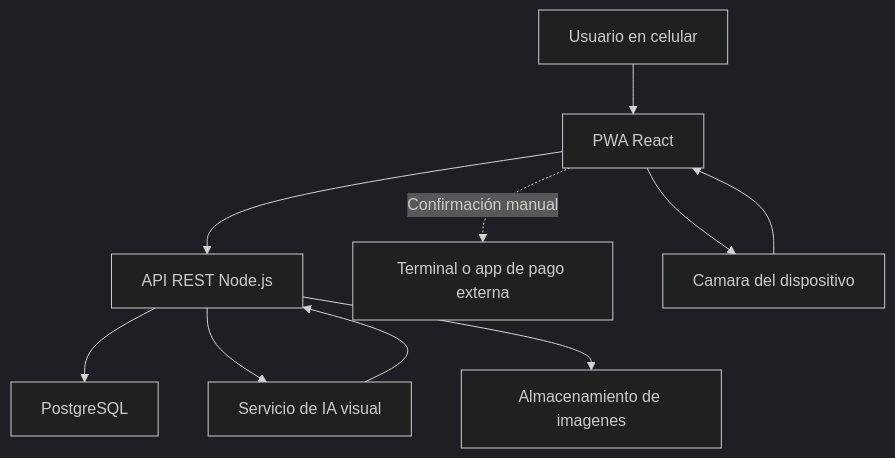
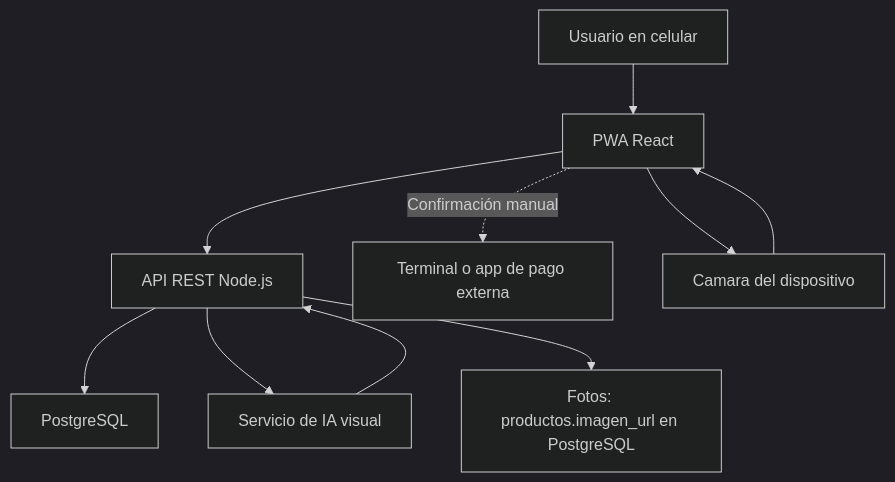
Before and after one commit to CamiloGonzalezSt/LocalitoSaaS: the first of 6 diagrams in docs/Documento-Proyecto-Localito.md, drawn with Mermaid (dark theme). The commit also changed other lines of this file and 14 other files, not shown here.

````diff
--- a/docs/Documento-Proyecto-Localito.md
+++ b/docs/Documento-Proyecto-Localito.md
@@ -692,12 +694,12 @@
 ```mermaid
 flowchart TD
     A["Usuario en celular"] --> B["PWA React"]
     B --> C["API REST Node.js"]
     C --> D["PostgreSQL"]
     C --> E["Servicio de IA visual"]
     B -. "Confirmación manual" .-> F["Terminal o app de pago externa"]
     B --> G["Camara del dispositivo"]
     G --> B
     E --> C
-    C --> H["Almacenamiento de imagenes"]
+    C --> H["Fotos: productos.imagen_url en PostgreSQL"]
 ```
````
